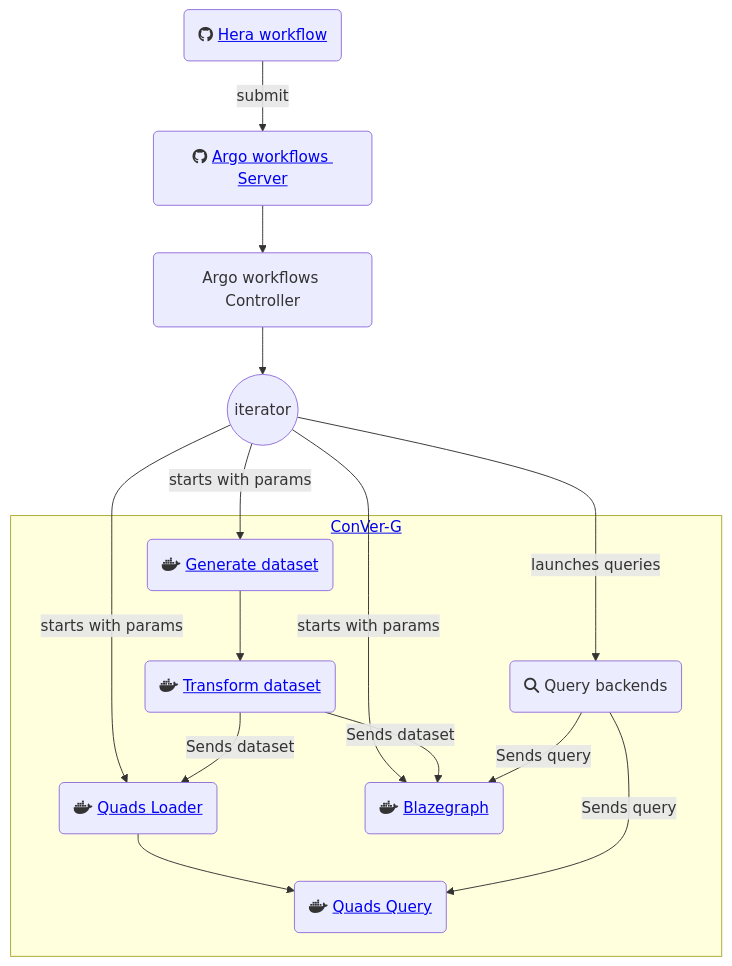
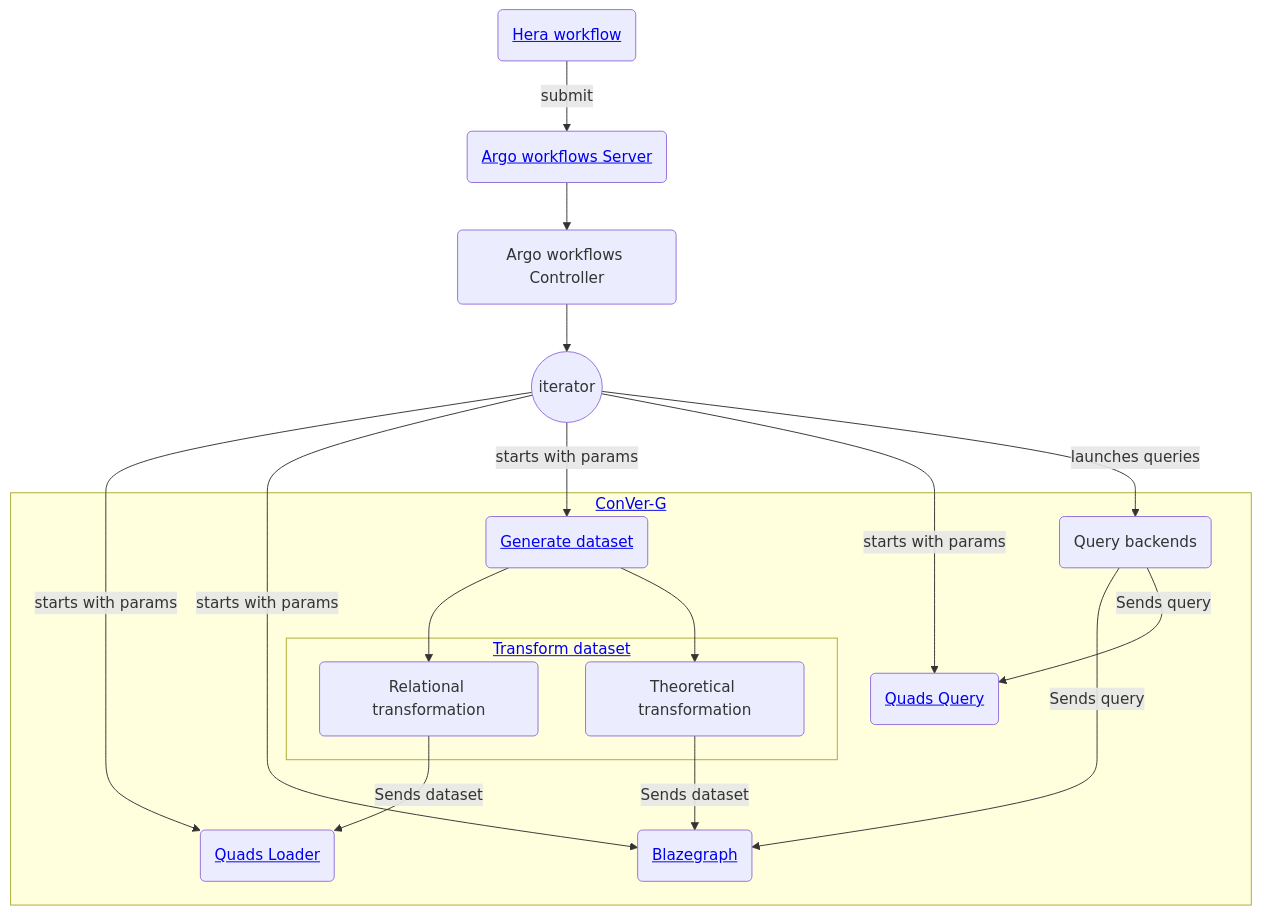
The diagram in README.md (VCityTeam/UD-Demo-VCity-Knowledge_Evolution), drawn with Mermaid before and after one commit. The commit also changed other lines of this file and 7 other files, not shown here.

Commit message:
Kubernetes - Increase memory limits for quads-loader and quads-query deployments - Added proxy

````diff
--- a/README.md
+++ b/README.md
@@ -54,27 +54,30 @@
 ```mermaid
 flowchart TD
 %% Nodes
-    A("fab:fa-github <a rel="noopener" href="https://github.com/argoproj-labs/hera" target="_blank">Hera workflow</a>")
-    B("fab:fa-github <a rel="noopener" href="https://github.com/argoproj/argo-workflows" target="_blank">Argo workflows Server</a>")
+    A("<a rel="noopener" href="https://github.com/argoproj-labs/hera" target="_blank">Hera workflow</a>")
+    B("<a rel="noopener" href="https://github.com/argoproj/argo-workflows" target="_blank">Argo workflows Server</a>")
     C("Argo workflows Controller")
     D((iterator))
     subgraph Experiment[<a rel="noopener" href="https://github.com/VCityTeam/ConVer-G" target="_blank">ConVer-G</a>]
-        E(fab:fa-docker <a rel="noopener" href="https://hub.docker.com/r/vcity/quads-loader" target="_blank">Quads Loader</a>)
-        I(fab:fa-docker <a rel="noopener" href="https://hub.docker.com/r/vcity/quads-query" target="_blank">Quads Query</a>)
+        E(<a rel="noopener" href="https://hub.docker.com/r/vcity/quads-loader" target="_blank">Quads Loader</a>)
+        I(<a rel="noopener" href="https://hub.docker.com/r/vcity/quads-query" target="_blank">Quads Query</a>)
         
-        F(fab:fa-docker <a rel="noopener" href="https://github.com/VCityTeam/BSBM" target="_blank">Generate dataset</a>)
-        H(fab:fa-docker <a rel="noopener" href="https://hub.docker.com/r/vcity/quads-creator" target="_blank">Transform dataset</a>)
-        
-        G(fab:fa-docker <a rel="noopener" href="https://hub.docker.com/r/vcity/blazegraph-cors" target="_blank">Blazegraph</a>)
+        F(<a rel="noopener" href="https://github.com/VCityTeam/BSBM" target="_blank">Generate dataset</a>)
+        subgraph Transform[<a rel="noopener" href="https://hub.docker.com/r/vcity/quads-creator" target="_blank">Transform dataset</a>]
+            H1(Relational transformation)
+            H2(Theoretical transformation)
+        end
+        G(<a rel="noopener" href="https://hub.docker.com/r/vcity/blazegraph-cors" target="_blank">Blazegraph</a>)
 
-        J(fa:fa-magnifying-glass Query backends)
+        J(Query backends)
     end
 
 %% Edge connections between nodes
     A --> |submit| B --> C --> D
-    D --> |starts with params| E & G & F
+    D --> |starts with params| E & G & F & I
     D --> |launches queries| J
-    E --> I
-    F --> H --> |Sends dataset| E & G
+    F --> H1 & H2 
+    H1 --> |Sends dataset| E
+    H2 --> |Sends dataset| G
     J --> |Sends query| G & I
 ```
````
